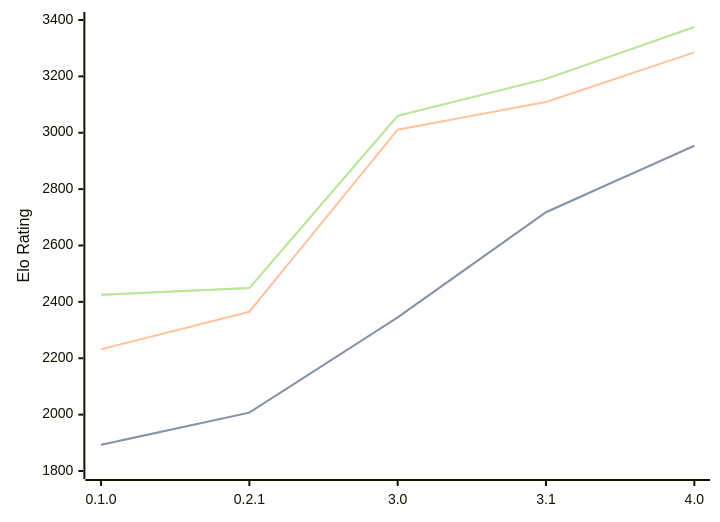
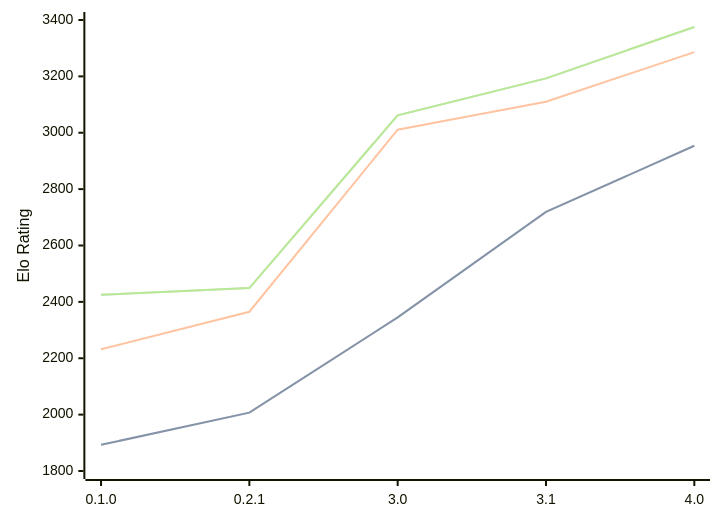
One commit to computer-chess-index/cci changed the diagram in engines/Sykora.md. Above: the diagram before and after it, drawn with Mermaid. The commit also changed other lines of this file, not shown here.

Commit message:
Update CCI Ratings (ELO VLTC) - 2026-10-08

````diff
--- a/engines/Sykora.md
+++ b/engines/Sykora.md
@@ -37,11 +37,11 @@
 ```mermaid
 %%{init: {"theme":"base","themeVariables":{"seriesColors:['#a3a3a3','#222221','#faa371']}}}%%
 xychart-beta
   x-axis ["0.1.0", "0.2.1", "3.0", "3.1", "4.0"]
   y-axis "Elo Rating" 1800 --> 3400
-  line "" [1893, 2007, 2345, 2718, 2954]
-  line "STC (8.0+0.08s)" [1893, 2007, 2345, 2718, 2954]
-  line "LTC (60.0+0.60s)" [2232, 2365, 3011, 3109, 3285]
-  line "" [2425, 2449, 3060, 3191, 3375]
-  line "VLTC (2m24s+1.12s)" [2425, 2449, 3060, 3191, 3375]
+  line "" [1893, 2007, 2345, 2719, 2954]
+  line "STC (8.0+0.08s)" [1893, 2007, 2345, 2719, 2954]
+  line "LTC (60.0+0.60s)" [2232, 2365, 3011, 3110, 3286]
+  line "" [2425, 2449, 3062, 3193, 3375]
+  line "VLTC (2m24s+1.12s)" [2425, 2449, 3062, 3193, 3375]
 ```
````
